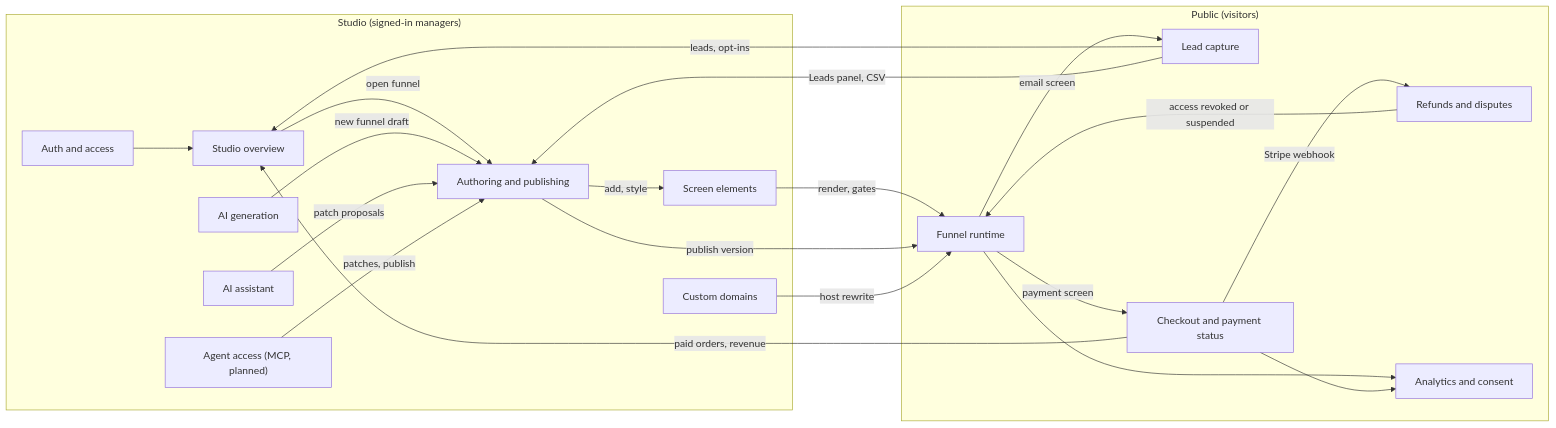
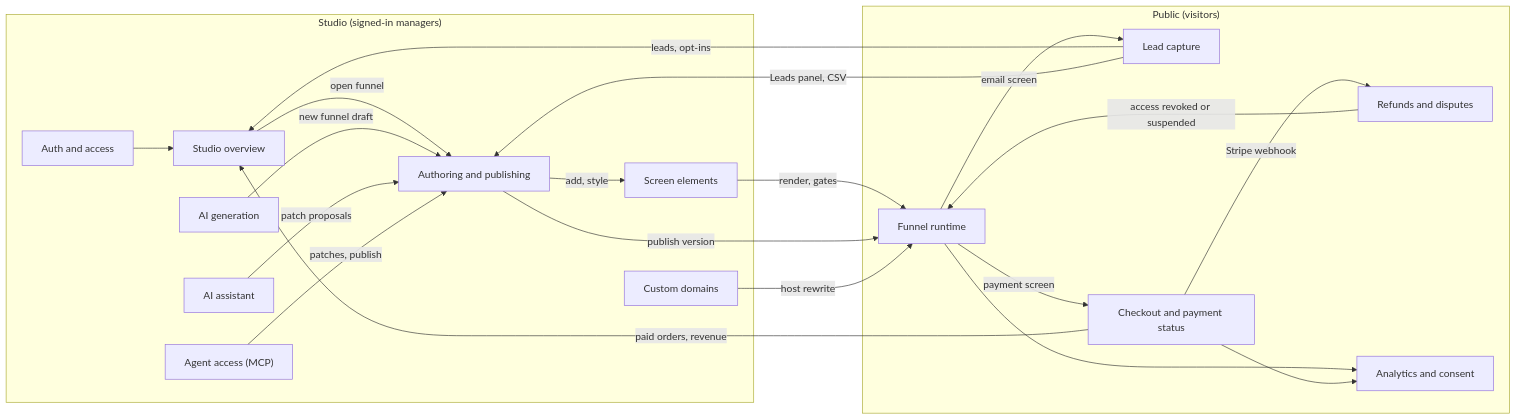
Before and after one commit to arturklimovich-eng/vibefunel: the diagram in docs/features/00-map.md, drawn with Mermaid. The commit also changed 41 other files, not shown here.

First line of the commit message:
Agent access over MCP with scoped API tokens

````diff
--- a/docs/features/00-map.md
+++ b/docs/features/00-map.md
@@ -11,51 +11,51 @@
 ```mermaid
 flowchart LR
   subgraph Studio["Studio (signed-in managers)"]
     AUTH["Auth and access"]
     OVER["Studio overview"]
     AUTHOR["Authoring and publishing"]
     EL["Screen elements"]
     DOM["Custom domains"]
     AIG["AI generation"]
     AI["AI assistant"]
-    MCP["Agent access (MCP, planned)"]
+    MCP["Agent access (MCP)"]
   end
   subgraph Public["Public (visitors)"]
     RUN["Funnel runtime"]
     LEAD["Lead capture"]
     PAY["Checkout and payment status"]
     REF["Refunds and disputes"]
     AN["Analytics and consent"]
   end
   AUTH --> OVER
   OVER -->|"open funnel"| AUTHOR
   LEAD -->|"leads, opt-ins"| OVER
   PAY -->|"paid orders, revenue"| OVER
   AIG -->|"new funnel draft"| AUTHOR
   AI -->|"patch proposals"| AUTHOR
   MCP -->|"patches, publish"| AUTHOR
   AUTHOR -->|"add, style"| EL
   EL -->|"render, gates"| RUN
   AUTHOR -->|"publish version"| RUN
   DOM -->|"host rewrite"| RUN
   RUN -->|"email screen"| LEAD
   LEAD -->|"Leads panel, CSV"| AUTHOR
   RUN -->|"payment screen"| PAY
   PAY -->|"Stripe webhook"| REF
   REF -->|"access revoked or suspended"| RUN
   RUN --> AN
   PAY --> AN
   click AUTH "./70-auth-access.md"
   click AUTHOR "./10-authoring.md"
   click EL "./12-elements.md"
   click OVER "./15-studio-overview.md"
   click DOM "./50-custom-domains.md"
   click RUN "./20-runtime.md"
   click LEAD "./25-lead-capture.md"
   click PAY "./30-checkout.md"
   click REF "./40-refunds-disputes.md"
   click AN "./60-analytics-consent.md"
   click AI "./80-ai-assistant.md"
   click AIG "./81-ai-generation.md"
   click MCP "./90-mcp.md"
 ```
````
